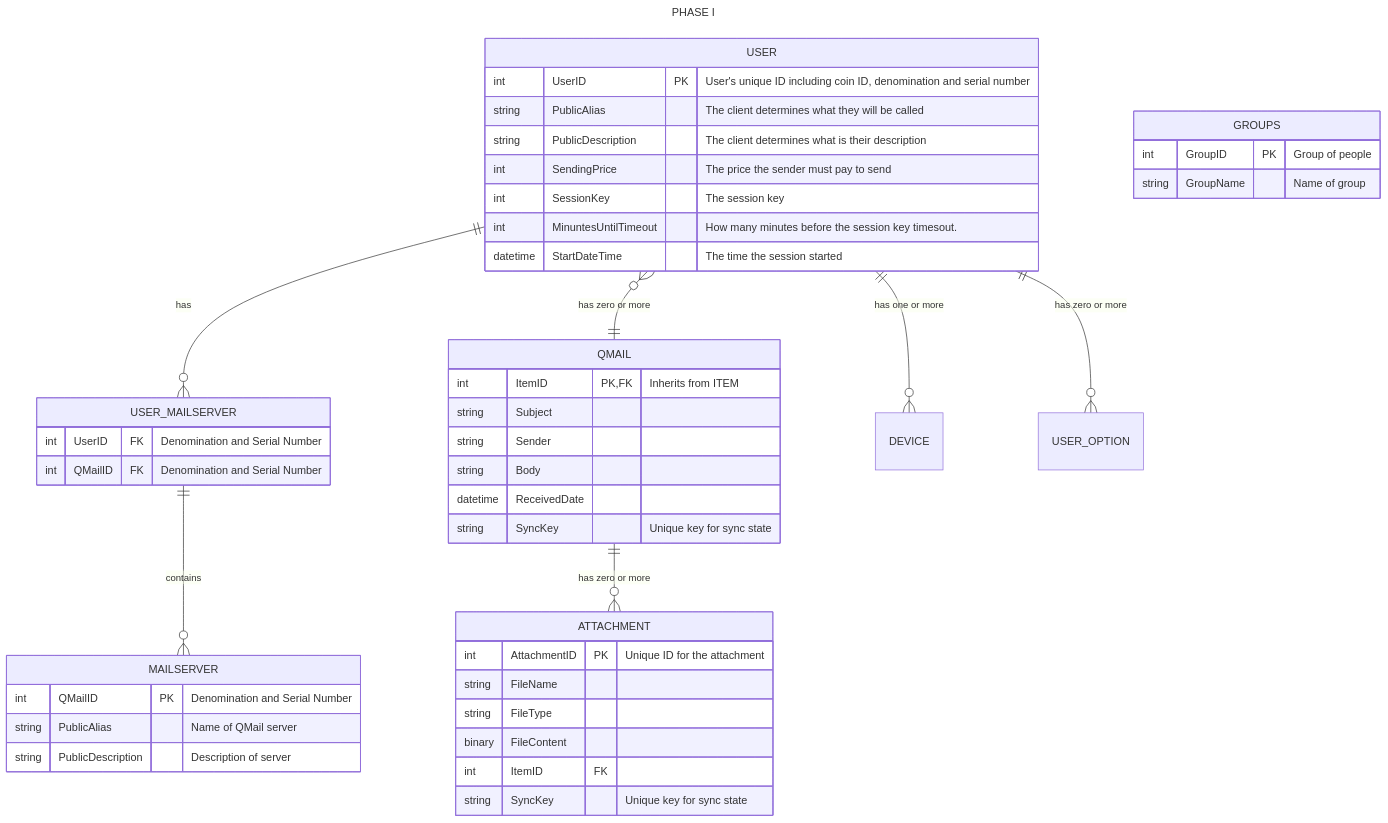
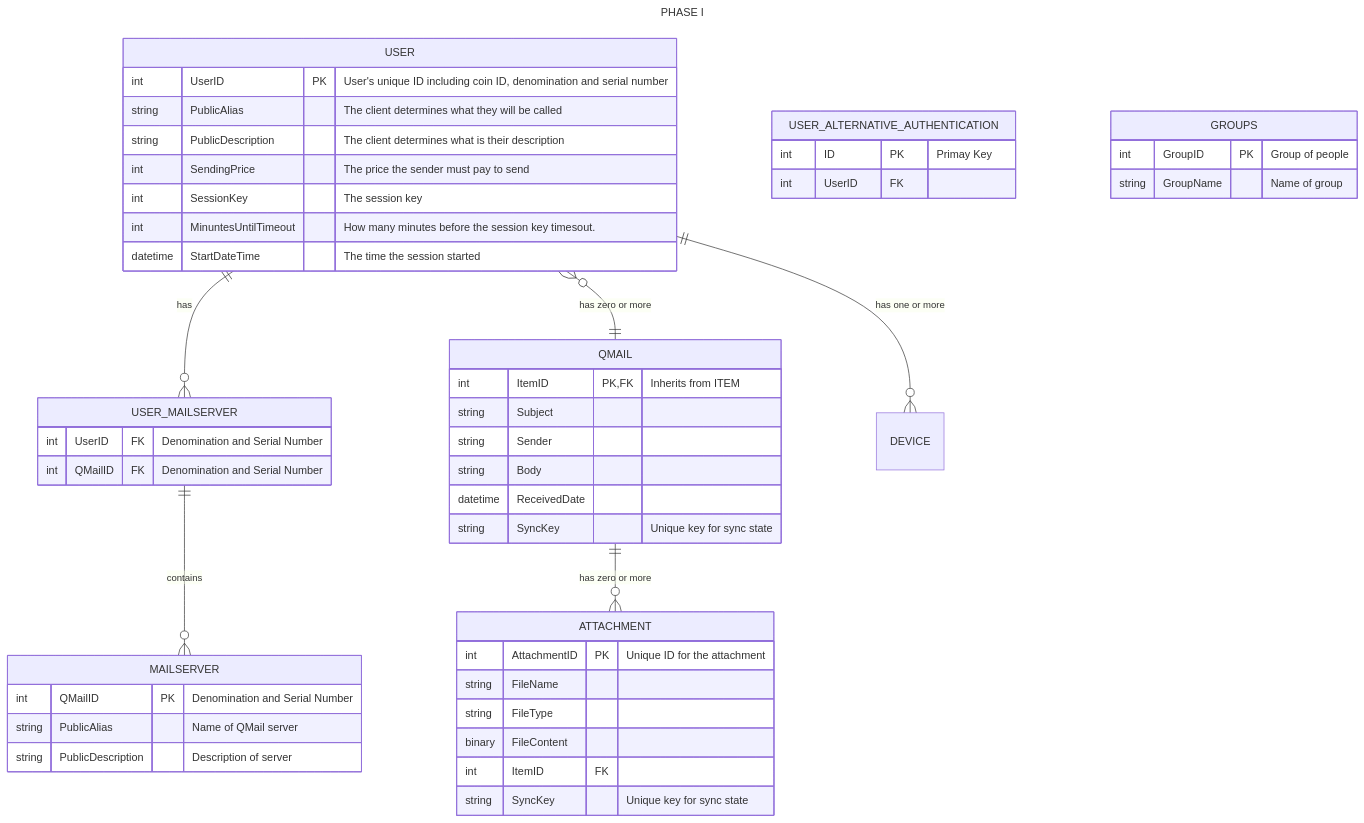
The first of 2 diagrams in Ideas In Progress/QMAIL/erd.md (worthingtonse/client-prompts), drawn with Mermaid before and after one commit.

````diff
--- a/Ideas In Progress/QMAIL/erd.md
+++ b/Ideas In Progress/QMAIL/erd.md
@@ -2,63 +2,68 @@
 ```mermaid
 ---
 title: PHASE I
 ---
 erDiagram
 
     USER {
         int UserID PK "User's unique ID including coin ID, denomination and serial number"
         string PublicAlias "The client determines what they will be called"
         string PublicDescription "The client determines what is their description"
         int SendingPrice "The price the sender must pay to send"
         int SessionKey "The session key"
         int MinuntesUntilTimeout "How many minutes before the session key timesout."
         datetime StartDateTime "The time the session started"
+    }
+
+    USER_ALTERNATIVE_AUTHENTICATION {
+        int ID PK "Primay Key"
+        int UserID FK ""
+
     }
 
     GROUPS {
         int GroupID PK "Group of people"
         string GroupName "Name of group"
 
     }
 
 
 
     USER_MAILSERVER {
         int UserID FK "Denomination and Serial Number"
         int QMailID FK "Denomination and Serial Number"
     }
 
     MAILSERVER {
         int QMailID PK "Denomination and Serial Number"
         string PublicAlias "Name of QMail server"
         string PublicDescription "Description of server"
     }
 
 
     QMAIL {
         int ItemID PK, FK "Inherits from ITEM"
         string Subject
         string Sender
         string Body
         datetime ReceivedDate
         string SyncKey "Unique key for sync state"
     }
 
     ATTACHMENT {
         int AttachmentID PK "Unique ID for the attachment"
         string FileName
         string FileType
         binary FileContent
         int ItemID FK
         string SyncKey "Unique key for sync state"
     }
 
     USER ||--o{ DEVICE : "has one or more"
-    USER ||--o{ USER_OPTION : "has zero or more"
     USER ||--o{ USER_MAILSERVER : "has"
     USER_MAILSERVER ||--o{ MAILSERVER : "contains"
     USER }o--|| QMAIL : "has zero or more"
     QMAIL ||--o{ ATTACHMENT : "has zero or more"
 
 
 ```
````
